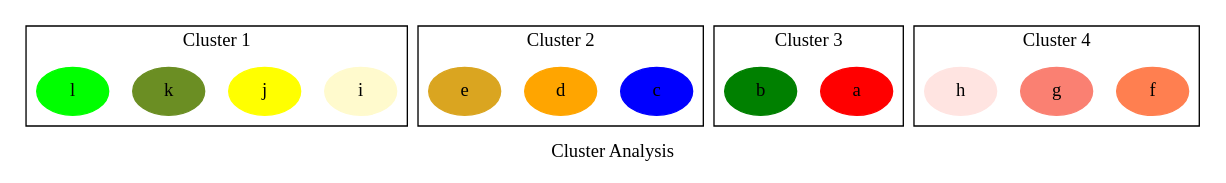
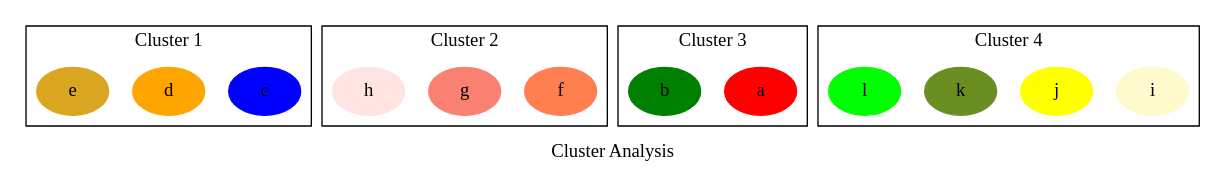
Before and after one commit to graphviz-perl/GraphViz2-Marpa-PathUtils: the diagram in data/path.set.01.out.gv, drawn with Graphviz. The commit also changed other lines of this file and 2 other files, not shown here.

```diff
--- a/data/path.set.01.out.gv
+++ b/data/path.set.01.out.gv
@@ -1,40 +1,40 @@
 strict digraph "Cluster Analysis"
 {
 graph [ label="Cluster Analysis" rankdir="TB" ]
 
 subgraph "cluster 1"
 {
 graph [ label="Cluster 1" rankdir="TB" ]
 
-"i" [ color="lemonchiffon" style="filled" ]
-"j" [ color="yellow" style="filled" ]
-"k" [ color="olivedrab" style="filled" ]
-"l" [ color="lime" style="filled" ]
+"c" [ color="blue" style="filled" ]
+"d" [ color="orange" style="filled" ]
+"e" [ color="goldenrod" style="filled" ]
 }
 
 subgraph "cluster 2"
 {
 graph [ label="Cluster 2" rankdir="TB" ]
 
-"c" [ color="blue" style="filled" ]
-"d" [ color="orange" style="filled" ]
-"e" [ color="goldenrod" style="filled" ]
+"f" [ color="coral" style="filled" ]
+"g" [ color="salmon" style="filled" ]
+"h" [ color="mistyrose" style="filled" ]
 }
 
 subgraph "cluster 3"
 {
 graph [ label="Cluster 3" rankdir="TB" ]
 
 "a" [ color="red" style="filled" ]
 "b" [ color="green" style="filled" ]
 }
 
 subgraph "cluster 4"
 {
 graph [ label="Cluster 4" rankdir="TB" ]
 
-"f" [ color="coral" style="filled" ]
-"g" [ color="salmon" style="filled" ]
-"h" [ color="mistyrose" style="filled" ]
+"i" [ color="lemonchiffon" style="filled" ]
+"j" [ color="yellow" style="filled" ]
+"k" [ color="olivedrab" style="filled" ]
+"l" [ color="lime" style="filled" ]
 }
 }
```
